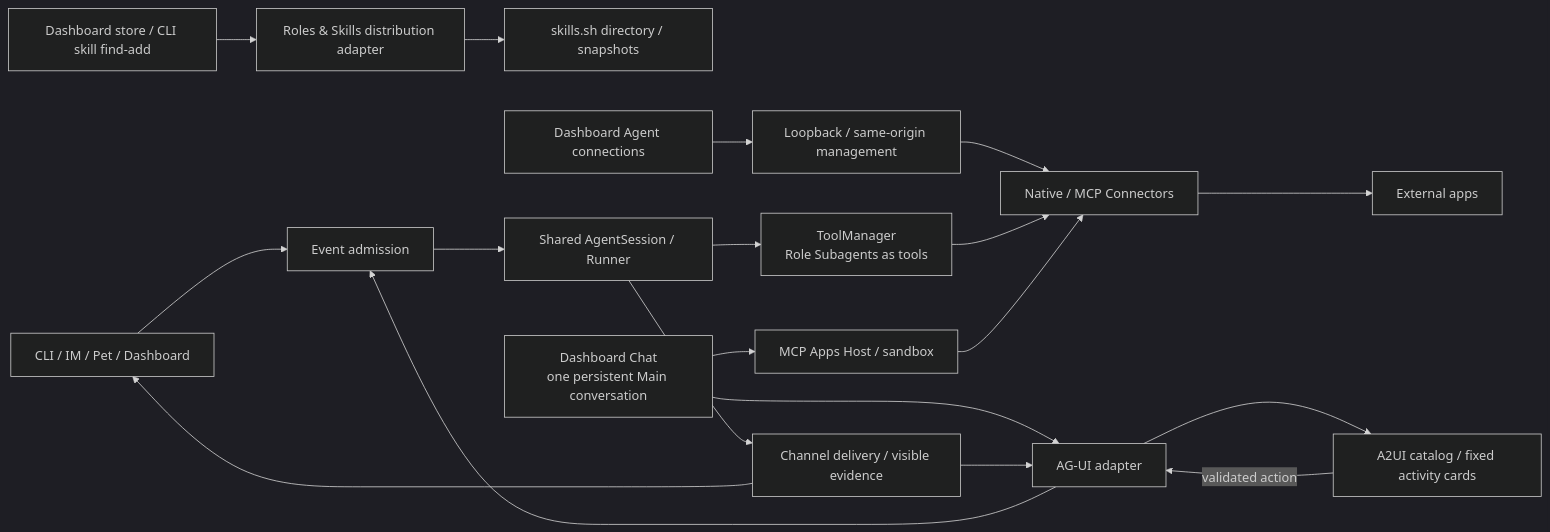
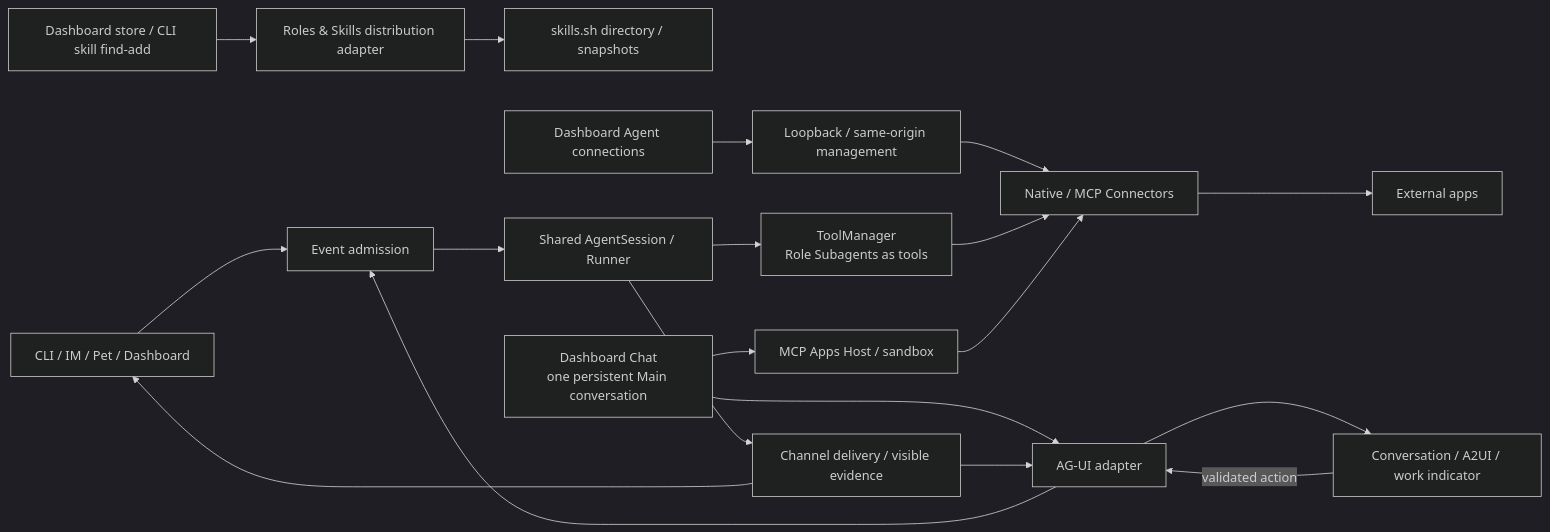
One commit to fightheyyy/XIAOBA changed the first of 2 diagrams in docs/surface/SPEC.md. Above: the diagram before and after it, drawn with Mermaid (dark theme). The commit also changed other lines of this file and 46 other files, not shown here.

````diff
--- a/docs/surface/SPEC.md
+++ b/docs/surface/SPEC.md
@@ -48,21 +52,21 @@
 ```mermaid
 flowchart LR
     SkillStore["Dashboard store / CLI skill find-add"] --> Distribution["Roles & Skills distribution adapter"]
     Distribution --> SkillsSh["skills.sh directory / snapshots"]
     ConnectorPage["Dashboard Agent connections"] --> LocalAdmin["Loopback / same-origin management"]
     LocalAdmin --> Connector
     Entry["CLI / IM / Pet / Dashboard"] --> Event["Event admission"]
     Event --> Runtime["Shared AgentSession / Runner"]
     Chat["Dashboard Chat<br/>one persistent Main conversation"] --> AGUI["AG-UI adapter"]
     AGUI --> Event
     Runtime --> Tools["ToolManager<br/>Role Subagents as tools"]
     Tools --> Connector["Native / MCP Connectors"]
     Connector --> Apps["External apps"]
     Runtime --> Delivery["Channel delivery / visible evidence"]
     Delivery --> AGUI
-    AGUI --> UI["A2UI catalog / fixed activity cards"]
+    AGUI --> UI["Conversation / A2UI / work indicator"]
     UI -->|validated action| AGUI
     Chat --> Host["MCP Apps Host / sandbox"]
     Host --> Connector
     Delivery --> Entry
 ```
````
